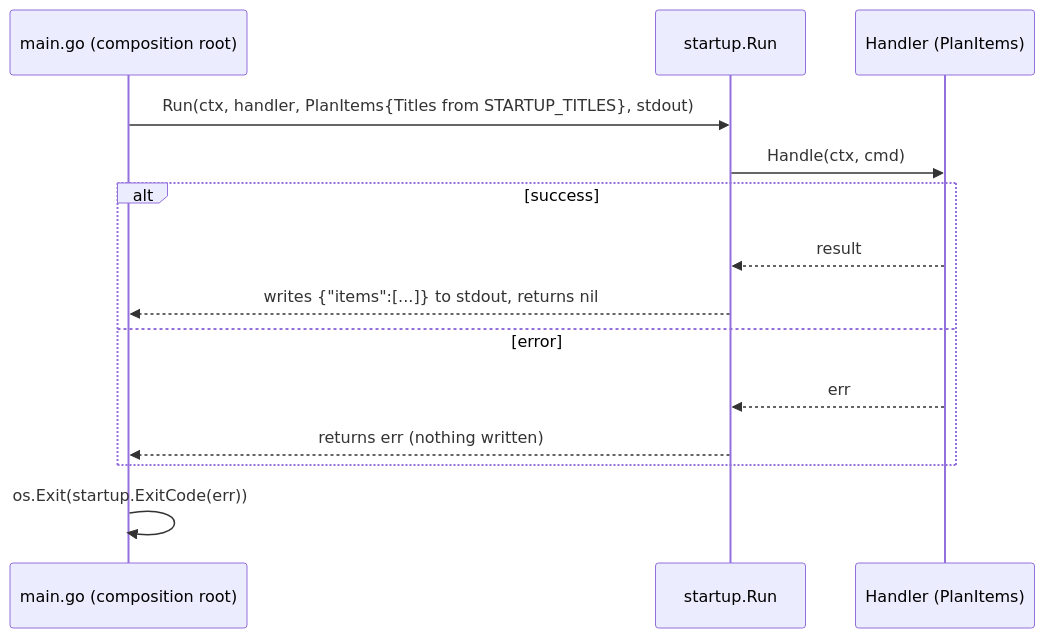
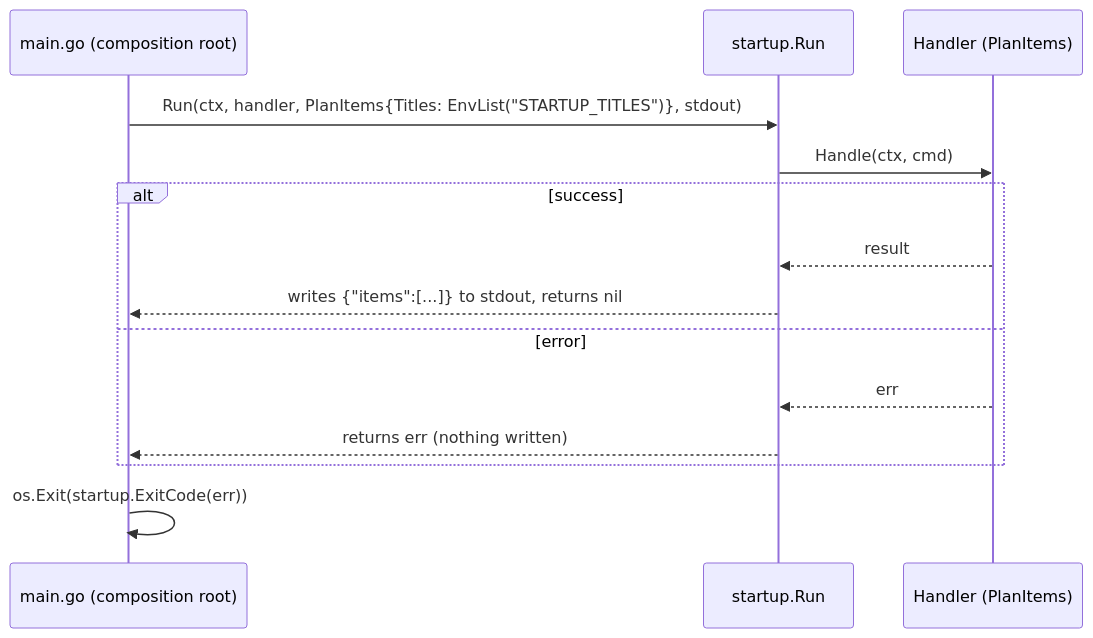
The diagram in library/architecture/go/base-plateau-in-go.skill/glossary/startup-entry.md (InsonusK/ai-skills), drawn with Mermaid before and after one commit. The commit also changed other lines of this file and 14 other files, not shown here.

First line of the commit message:
refactor(architecture): base plateau ready for API variation points

````diff
--- a/library/architecture/go/base-plateau-in-go.skill/glossary/startup-entry.md
+++ b/library/architecture/go/base-plateau-in-go.skill/glossary/startup-entry.md
@@ -24,16 +24,16 @@
 ```mermaid
 sequenceDiagram
     participant M as main.go (composition root)
     participant S as startup.Run
     participant H as Handler (PlanItems)
-    M->>S: Run(ctx, handler, PlanItems{Titles from STARTUP_TITLES}, stdout)
+    M->>S: Run(ctx, handler, PlanItems{Titles: EnvList("STARTUP_TITLES")}, stdout)
     S->>H: Handle(ctx, cmd)
     alt success
         H-->>S: result
         S-->>M: writes {"items":[...]} to stdout, returns nil
     else error
         H-->>S: err
         S-->>M: returns err (nothing written)
     end
     M->>M: os.Exit(startup.ExitCode(err))
 ```
````
